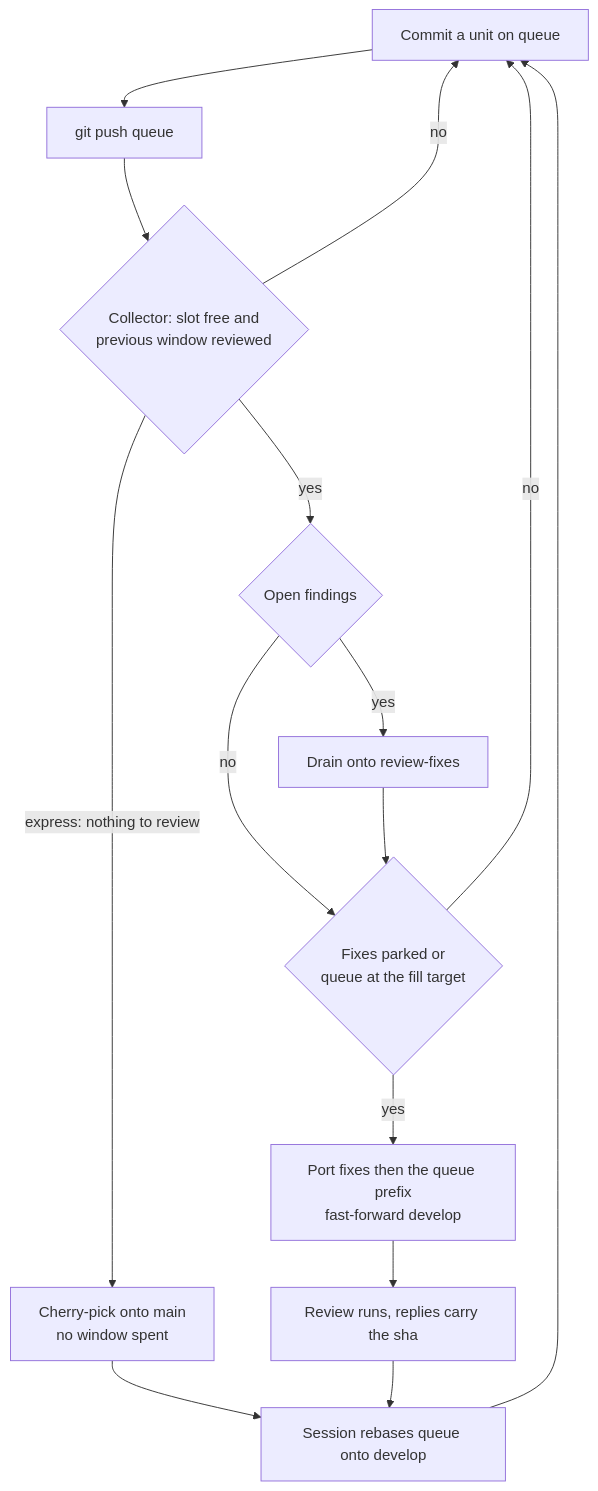
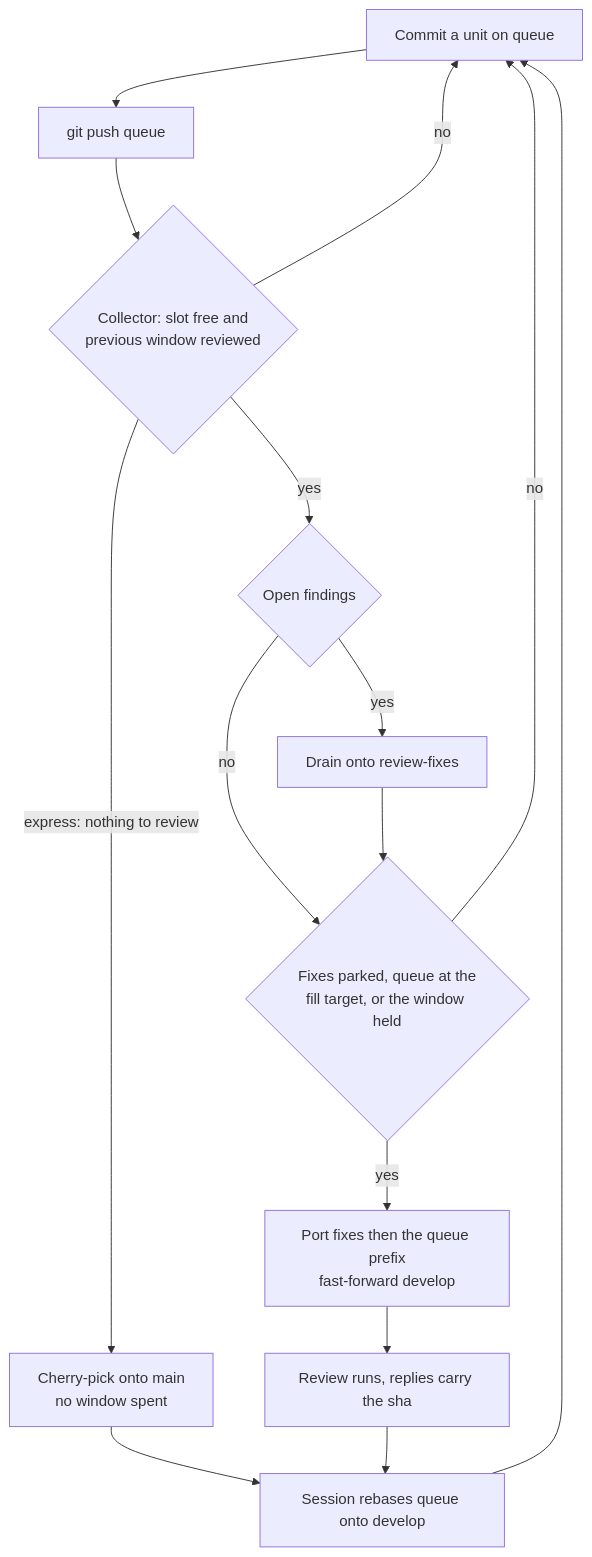
One commit to Esposter/Esposter changed the diagram in .agents/skills/coderabbit/references/pipelining.md. Above: the diagram before and after it, drawn with Mermaid. The commit also changed other lines of this file and 6 other files, not shown here.

````diff
--- a/.agents/skills/coderabbit/references/pipelining.md
+++ b/.agents/skills/coderabbit/references/pipelining.md
@@ -54,17 +54,17 @@
 ```mermaid
 flowchart TD
   U[Commit a unit on queue] --> P[git push queue]
   P --> C{Collector: slot free and<br/>previous window reviewed}
   C -->|no| U
   C -->|yes| F{Open findings}
   F -->|yes| DR[Drain onto review-fixes]
   F -->|no| W
-  DR --> W{Fixes parked or<br/>queue at the fill target}
+  DR --> W{Fixes parked, queue at the<br/>fill target, or the window held}
   W -->|no| U
   W -->|yes| PU[Port fixes then the queue prefix<br/>fast-forward develop]
   PU --> R[Review runs, replies carry the sha]
   C -->|express: nothing to review| MX[Cherry-pick onto main<br/>no window spent]
   MX --> S
   R --> S[Session rebases queue onto develop]
   S --> U
 ```
````
